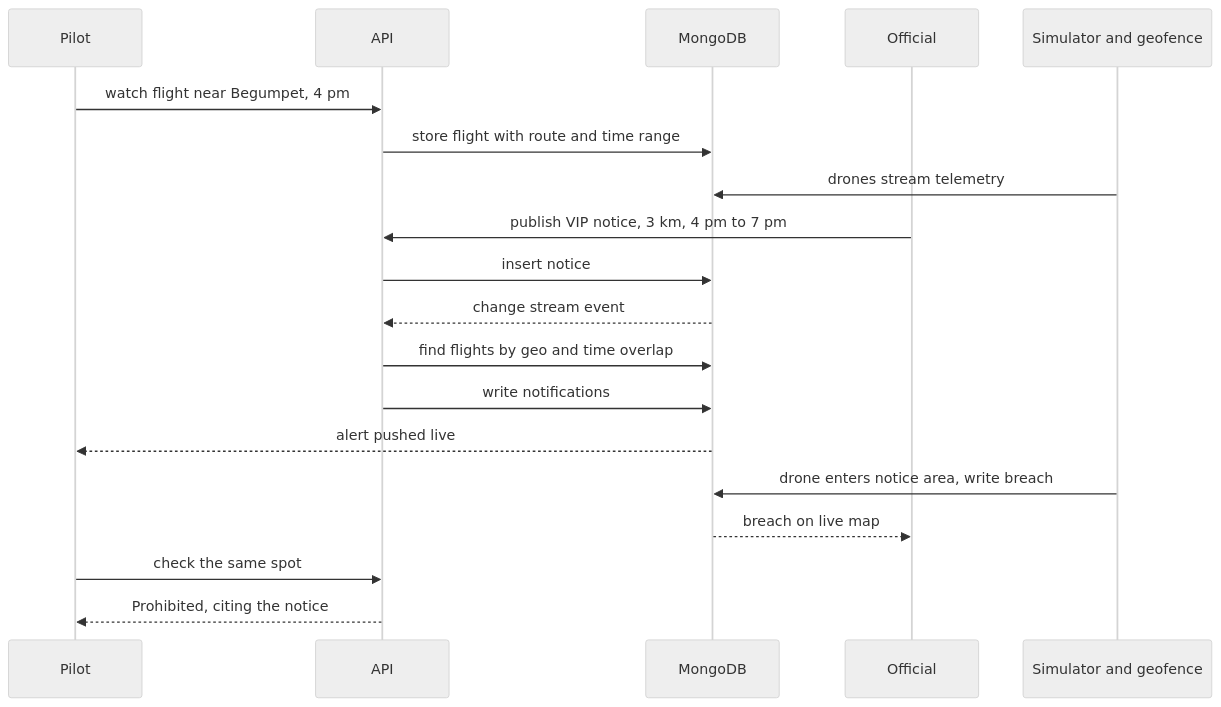
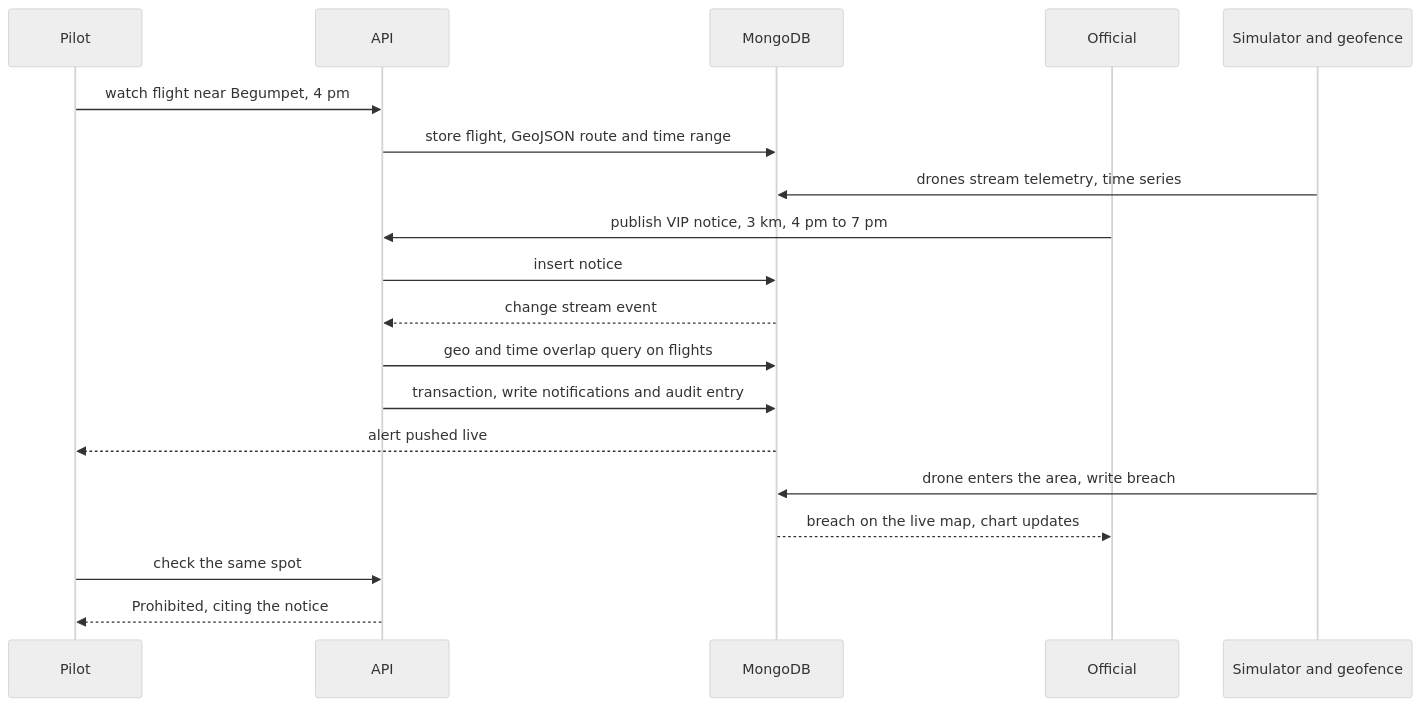
One commit to saimanoharigodavarty/SkyClear changed the third of 3 diagrams in ARCHITECTURE.md. Above: the diagram before and after it, drawn with Mermaid. The commit also changed other lines of this file and 5 other files, not shown here.

Commit message:
Make architecture MongoDB-first: feature map, Atlas Search and rankFusion verified, zone search endpoint

````diff
--- a/ARCHITECTURE.md
+++ b/ARCHITECTURE.md
@@ -129,22 +90,22 @@
 ```mermaid
 %%{init: {'theme':'neutral'}}%%
 sequenceDiagram
   participant Pilot
   participant API
   participant Mongo as MongoDB
   participant Official
   participant Sim as Simulator and geofence
   Pilot->>API: watch flight near Begumpet, 4 pm
-  API->>Mongo: store flight with route and time range
-  Sim->>Mongo: drones stream telemetry
+  API->>Mongo: store flight, GeoJSON route and time range
+  Sim->>Mongo: drones stream telemetry, time series
   Official->>API: publish VIP notice, 3 km, 4 pm to 7 pm
   API->>Mongo: insert notice
   Mongo-->>API: change stream event
-  API->>Mongo: find flights by geo and time overlap
-  API->>Mongo: write notifications
+  API->>Mongo: geo and time overlap query on flights
+  API->>Mongo: transaction, write notifications and audit entry
   Mongo-->>Pilot: alert pushed live
-  Sim->>Mongo: drone enters notice area, write breach
-  Mongo-->>Official: breach on live map
+  Sim->>Mongo: drone enters the area, write breach
+  Mongo-->>Official: breach on the live map, chart updates
   Pilot->>API: check the same spot
   API-->>Pilot: Prohibited, citing the notice
 ```
````
